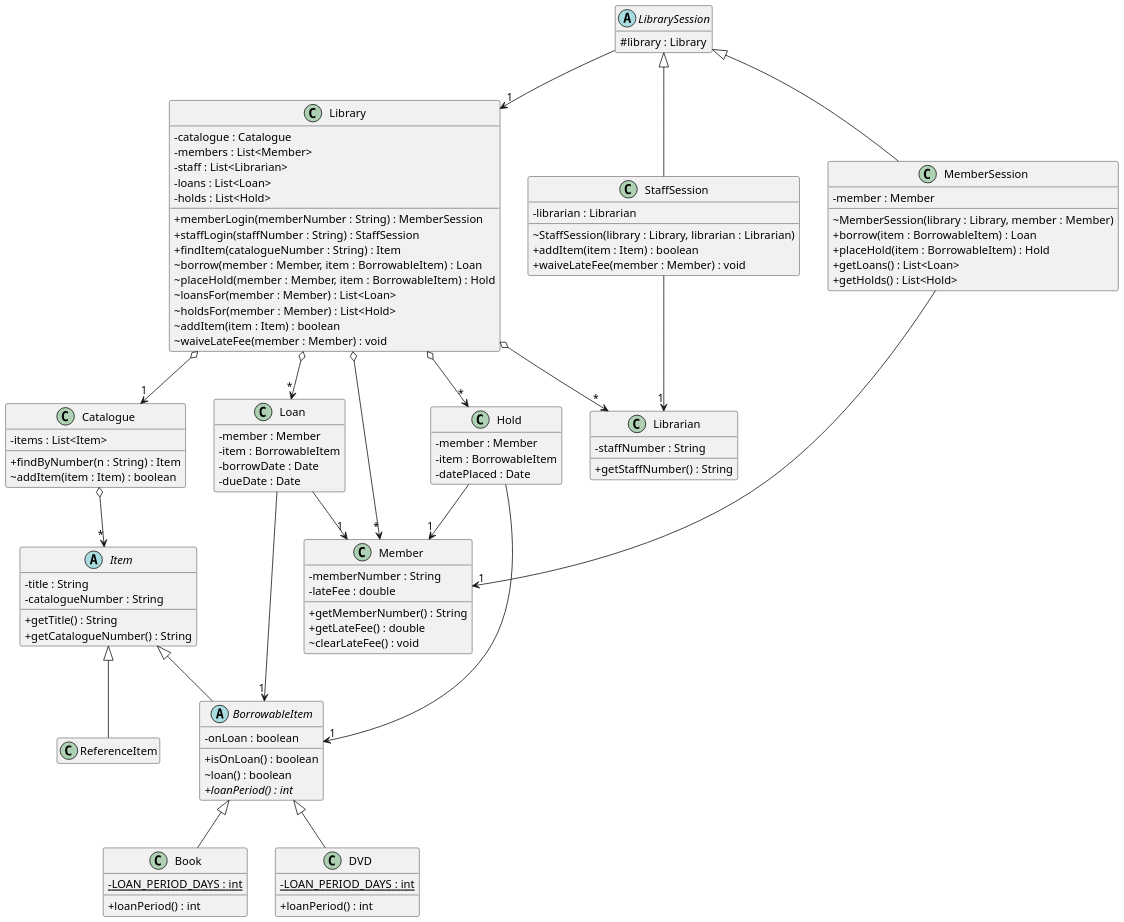
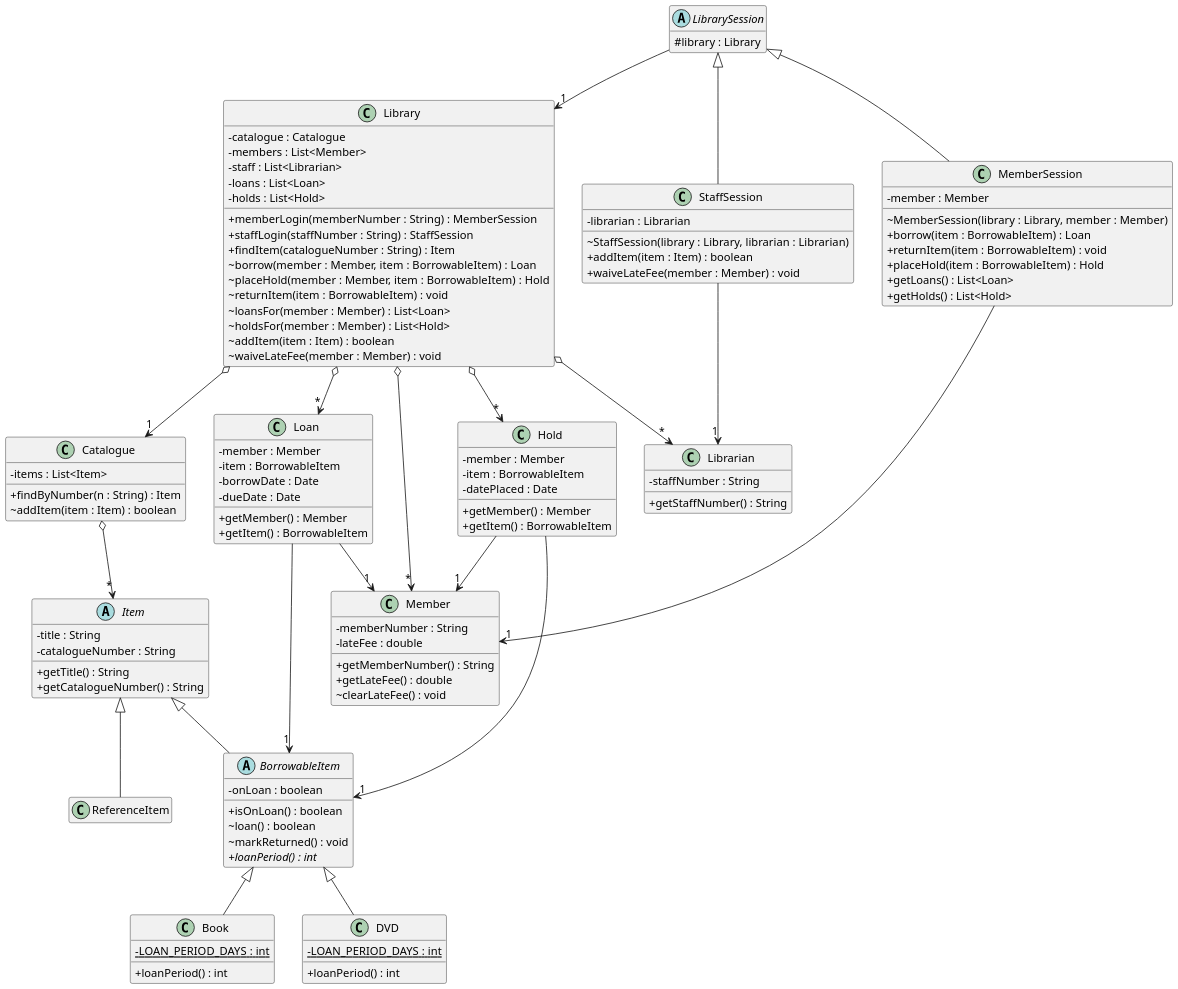
Before and after one commit to kam-eeel/207-course-notes: the diagram in plantuml/exercises/library-uml-starter.puml, drawn with PlantUML. The commit also changed 8 other files, not shown here.

```diff
--- a/plantuml/exercises/library-uml-starter.puml
+++ b/plantuml/exercises/library-uml-starter.puml
@@ -1,147 +1,155 @@
 @startuml
 skinparam dpi 150
 skinparam classAttributeIconSize 0
 hide empty members
 
 ' Your task (Chapter 8, Question 1): draw the UML class diagram for the library
 ' specification — items, books, DVDs, reference-only items, members, librarians,
 ' and holds.
 '
 ' Define each type as a box, then connect them with the right arrows. One box
 ' (Item) is filled in as an example — decide on the rest yourself. There is more
 ' than one defensible answer.
 '
 ' PlantUML cheat-sheet:
 '   interface Name { + method() : Type }
 '   abstract class Name { # field : Type }
 '   class Name { - field : Type }
 '   Parent    <|-- Child    ' generalization: Child extends Parent
 '   Interface <|.. Class    ' realization:    Class implements Interface
 ' (Putting the parent/interface on the LEFT of the arrow keeps it on top, which
 '  is the convention used in these notes.)
 
 ' Design notes:
 ' - Member and Librarian share no behaviour beyond "can log in". That common part
 '   lives in LibrarySession, and the session subtype decides what a logged-in user
 '   may do, so there is no Member/Librarian supertype.
 ' - Sessions are not nouns in the spec; they are added to enforce "only librarians
 '   can add items / waive late fees". All classes share one package: logging in is
 '   the only way to get a session (package-private constructors), and Library's
 '   state-changing operations are package-private (~), so only sessions reach them.
 ' - Whether an item is on loan is recorded twice (BorrowableItem.onLoan and
-'   Library.loans). That trade-off is discussed in Question 2.
+'   Library.loans). Library.borrow and Library.returnItem keep the two in sync;
+'   the trade-off is discussed in Question 2.
 
 abstract class LibrarySession {
   # library : Library
 }
 LibrarySession --> "1" Library
 
 LibrarySession <|-- MemberSession
 class MemberSession {
   - member : Member
   ~ MemberSession(library : Library, member : Member)
   + borrow(item : BorrowableItem) : Loan
+  + returnItem(item : BorrowableItem) : void
   + placeHold(item : BorrowableItem) : Hold
   + getLoans() : List<Loan>
   + getHolds() : List<Hold>
 }
 MemberSession --> "1" Member
 
 LibrarySession <|-- StaffSession
 class StaffSession {
   - librarian : Librarian
   ~ StaffSession(library : Library, librarian : Librarian)
   + addItem(item : Item) : boolean
   + waiveLateFee(member : Member) : void
 }
 StaffSession --> "1" Librarian
 
 class Library {
   - catalogue : Catalogue
   - members : List<Member>
   - staff : List<Librarian>
   - loans : List<Loan>
   - holds : List<Hold>
   + memberLogin(memberNumber : String) : MemberSession
   + staffLogin(staffNumber : String) : StaffSession
   + findItem(catalogueNumber : String) : Item
   ~ borrow(member : Member, item : BorrowableItem) : Loan
   ~ placeHold(member : Member, item : BorrowableItem) : Hold
+  ~ returnItem(item : BorrowableItem) : void
   ~ loansFor(member : Member) : List<Loan>
   ~ holdsFor(member : Member) : List<Hold>
   ~ addItem(item : Item) : boolean
   ~ waiveLateFee(member : Member) : void
 }
 Library o--> "1" Catalogue
 Library o--> "*" Member
 Library o--> "*" Librarian
 Library o--> "*" Loan
 Library o--> "*" Hold
 
 class Catalogue {
   - items : List<Item>
   + findByNumber(n : String) : Item
   ~ addItem(item : Item) : boolean
 }
 
 Catalogue o--> "*" Item
 abstract class Item {
   - title : String
   - catalogueNumber : String
   + getTitle() : String
   + getCatalogueNumber() : String
 }
 
 Item <|-- ReferenceItem
 
 Item <|-- BorrowableItem
 abstract class BorrowableItem {
   - onLoan : boolean
   + isOnLoan() : boolean
   ~ loan() : boolean
+  ~ markReturned() : void
   + {abstract} loanPeriod() : int
 }
 
 BorrowableItem <|-- Book
 class Book {
   - {static} LOAN_PERIOD_DAYS : int
   + loanPeriod() : int
 }
 
 BorrowableItem <|-- DVD
 class DVD {
   - {static} LOAN_PERIOD_DAYS : int
   + loanPeriod() : int
 }
 
 class Loan {
   - member : Member
   - item : BorrowableItem
   - borrowDate : Date
   - dueDate : Date
+  + getMember() : Member
+  + getItem() : BorrowableItem
 }
 Loan --> "1" BorrowableItem
 Loan --> "1" Member
 
 class Hold {
   - member : Member
   - item : BorrowableItem
   - datePlaced : Date
+  + getMember() : Member
+  + getItem() : BorrowableItem
 }
 Hold --> "1" BorrowableItem
 Hold --> "1" Member
 
 class Member {
   - memberNumber : String
   - lateFee : double
   + getMemberNumber() : String
   + getLateFee() : double
   ~ clearLateFee() : void
 }
 
 class Librarian {
   - staffNumber : String
   + getStaffNumber() : String
 }
 
 @enduml
```
